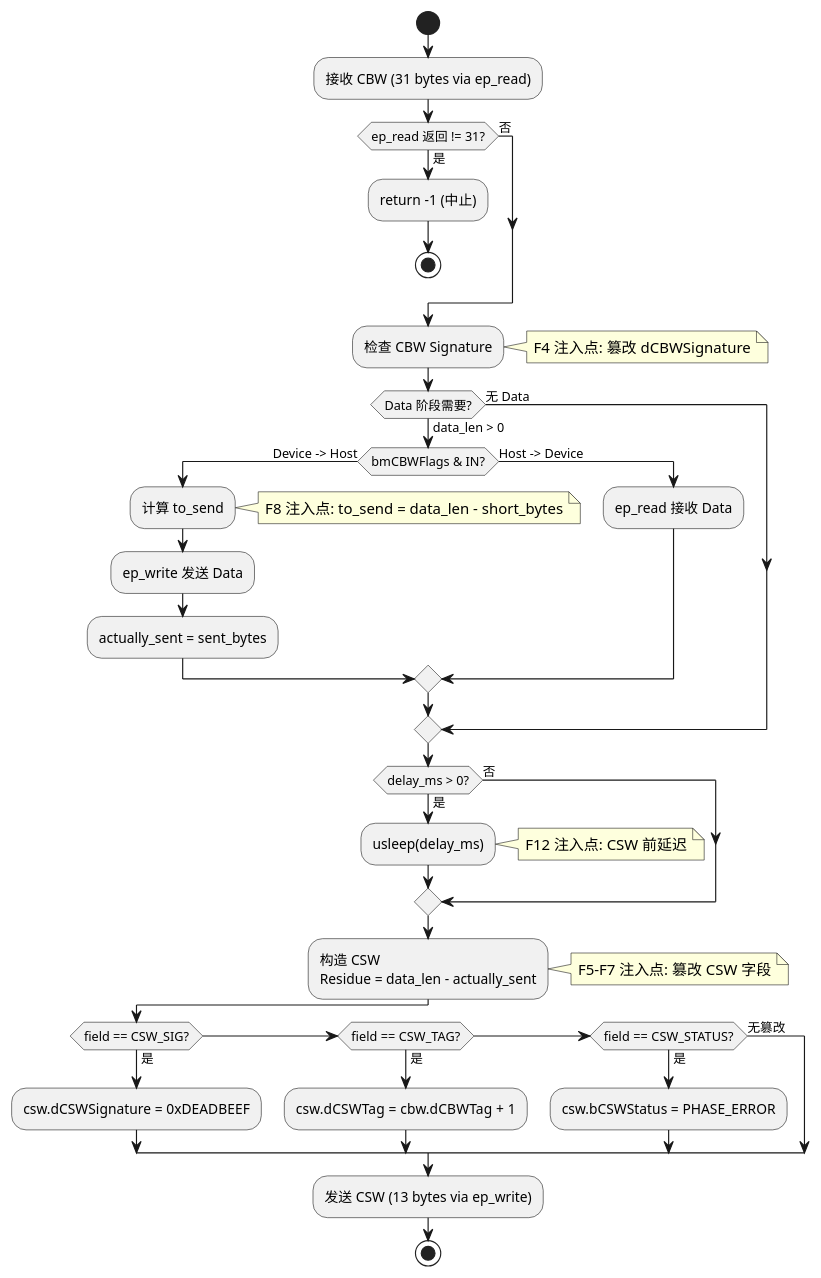
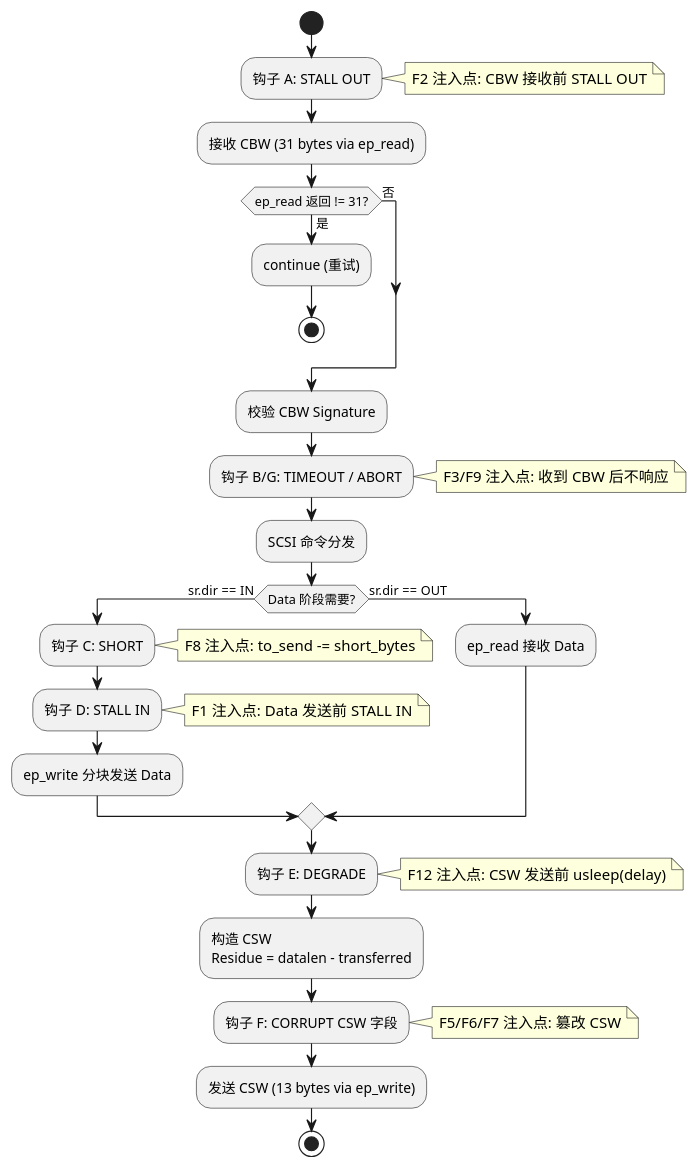
The sixth of 9 diagrams in 02-IO增强/02.04-故障注入工具-usb-fault-inject.md (lechao365/AndroidSystemEnhance), drawn with PlantUML before and after one commit. The commit also changed other lines of this file and 15 other files, not shown here.

````diff
--- a/02-IO增强/02.04-故障注入工具-usb-fault-inject.md
+++ b/02-IO增强/02.04-故障注入工具-usb-fault-inject.md
@@ -228,46 +261,39 @@
 ```plantuml
 @startuml
 start
+:钩子 A: STALL OUT;
+note right: F2 注入点: CBW 接收前 STALL OUT
+
 :接收 CBW (31 bytes via ep_read);
 if (ep_read 返回 != 31?) then (是)
-  :return -1 (中止);
+  :continue (重试);
   stop
 else (否)
 endif
-:检查 CBW Signature;
-note right: F4 注入点: 篡改 dCBWSignature
+:校验 CBW Signature;
 
-if (Data 阶段需要?) then (data_len > 0)
-  if (bmCBWFlags & IN?) then (Device -> Host)
-    :计算 to_send;
-    note right: F8 注入点: to_send = data_len - short_bytes
-    :ep_write 发送 Data;
-    :actually_sent = sent_bytes;
-  else (Host -> Device)
-    :ep_read 接收 Data;
-  endif
-else (无 Data)
+:钩子 B/G: TIMEOUT / ABORT;
+note right: F3/F9 注入点: 收到 CBW 后不响应
+
+:SCSI 命令分发;
+if (Data 阶段需要?) then (sr.dir == IN)
+  :钩子 C: SHORT;
+  note right: F8 注入点: to_send -= short_bytes
+  :钩子 D: STALL IN;
+  note right: F1 注入点: Data 发送前 STALL IN
+  :ep_write 分块发送 Data;
+else (sr.dir == OUT)
+  :ep_read 接收 Data;
 endif
 
-if (delay_ms > 0?) then (是)
-  :usleep(delay_ms);
-  note right: F12 注入点: CSW 前延迟
-else (否)
-endif
+:钩子 E: DEGRADE;
+note right: F12 注入点: CSW 发送前 usleep(delay)
 
-:构造 CSW\nResidue = data_len - actually_sent;
-note right: F5-F7 注入点: 篡改 CSW 字段
-
-if (field == CSW_SIG?) then (是)
-  :csw.dCSWSignature = 0xDEADBEEF;
-elseif (field == CSW_TAG?) then (是)
-  :csw.dCSWTag = cbw.dCBWTag + 1;
-elseif (field == CSW_STATUS?) then (是)
-  :csw.bCSWStatus = PHASE_ERROR;
-else (无篡改)
-endif
+:构造 CSW\nResidue = datalen - transferred;
+:钩子 F: CORRUPT CSW 字段;
+note right: F5/F6/F7 注入点: 篡改 CSW
 
 :发送 CSW (13 bytes via ep_write);
 stop
 @enduml
 ```
````
